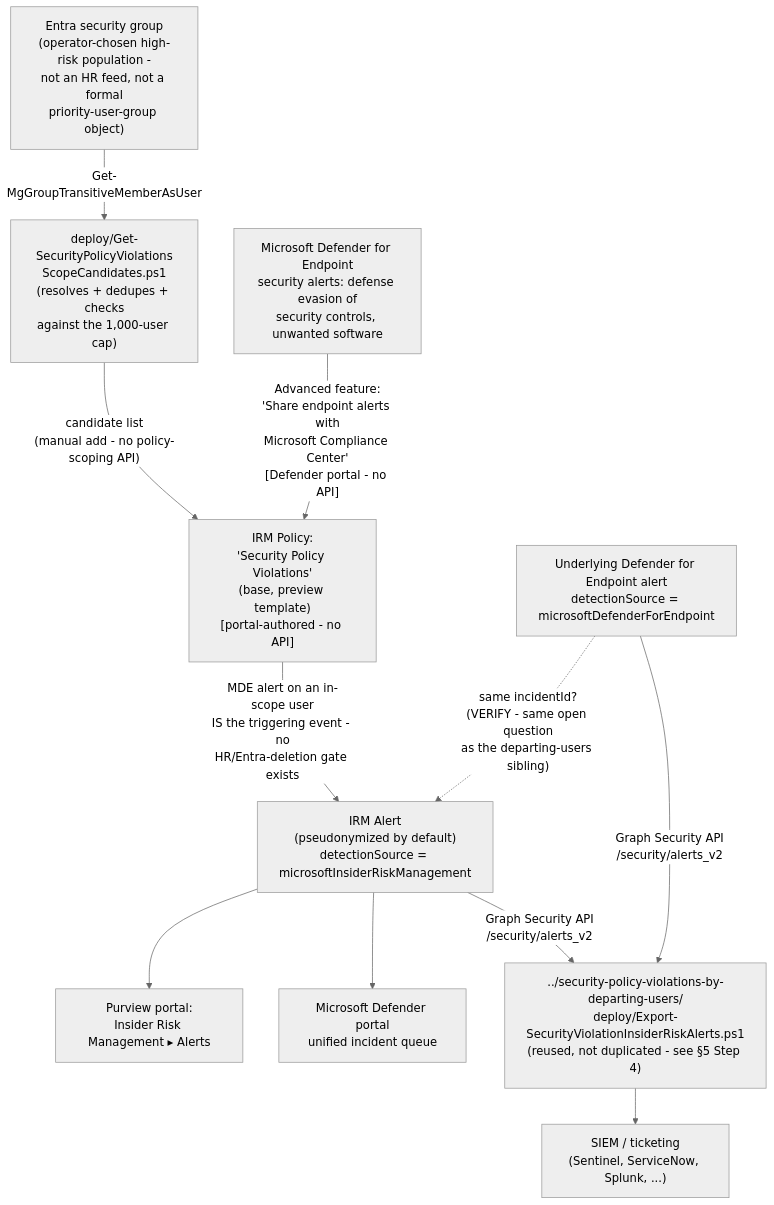
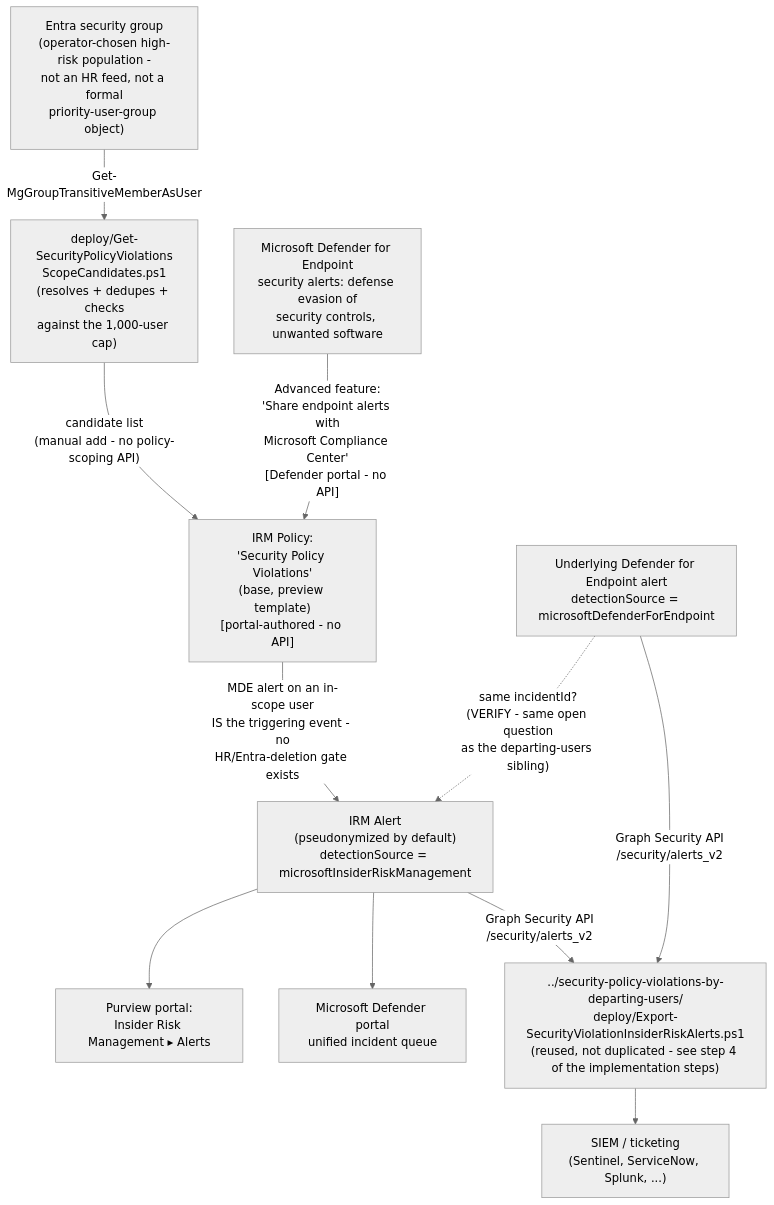
Before and after one commit to kpsec1/kpsec1.github.io: the diagram in src/content/scenarios/insider-risk/security-policy-violations.md, drawn with Mermaid (neutral theme). The commit also changed 269 other files, not shown here.

````diff
--- a/src/content/scenarios/insider-risk/security-policy-violations.md
+++ b/src/content/scenarios/insider-risk/security-policy-violations.md
@@ -65,13 +65,13 @@
 ```mermaid
 flowchart TD
     Group["Entra security group\n(operator-chosen high-risk population -\nnot an HR feed, not a formal\npriority-user-group object)"] -->|"Get-MgGroupTransitiveMemberAsUser"| Script["deploy/Get-SecurityPolicyViolations\nScopeCandidates.ps1\n(resolves + dedupes + checks\nagainst the 1,000-user cap)"]
     Script -->|"candidate list\n(manual add - no policy-scoping API)"| Policy["IRM Policy:\n'Security Policy Violations'\n(base, preview template)\n[portal-authored - no API]"]
     MDE["Microsoft Defender for Endpoint\nsecurity alerts: defense evasion of\nsecurity controls, unwanted software"] -->|"Advanced feature:\n'Share endpoint alerts with\nMicrosoft Compliance Center'\n[Defender portal - no API]"| Policy
     Policy -->|"MDE alert on an in-scope user\nIS the triggering event - no\nHR/Entra-deletion gate exists"| Alert["IRM Alert\n(pseudonymized by default)\ndetectionSource = microsoftInsiderRiskManagement"]
     MDEAlert["Underlying Defender for Endpoint alert\ndetectionSource = microsoftDefenderForEndpoint"] -.->|"same incidentId?\n(VERIFY - same open question\nas the departing-users sibling)"| Alert
     Alert --> Dashboard["Purview portal:\nInsider Risk Management ▸ Alerts"]
     Alert --> Defender["Microsoft Defender portal\nunified incident queue"]
-    Alert -->|"Graph Security API\n/security/alerts_v2"| Export["../security-policy-violations-by-departing-users/\ndeploy/Export-SecurityViolationInsiderRiskAlerts.ps1\n(reused, not duplicated - see §5 Step 4)"]
+    Alert -->|"Graph Security API\n/security/alerts_v2"| Export["../security-policy-violations-by-departing-users/\ndeploy/Export-SecurityViolationInsiderRiskAlerts.ps1\n(reused, not duplicated - see step 4 of the implementation steps)"]
     MDEAlert -->|"Graph Security API\n/security/alerts_v2"| Export
     Export --> SIEM["SIEM / ticketing\n(Sentinel, ServiceNow, Splunk, ...)"]
 ```
````
